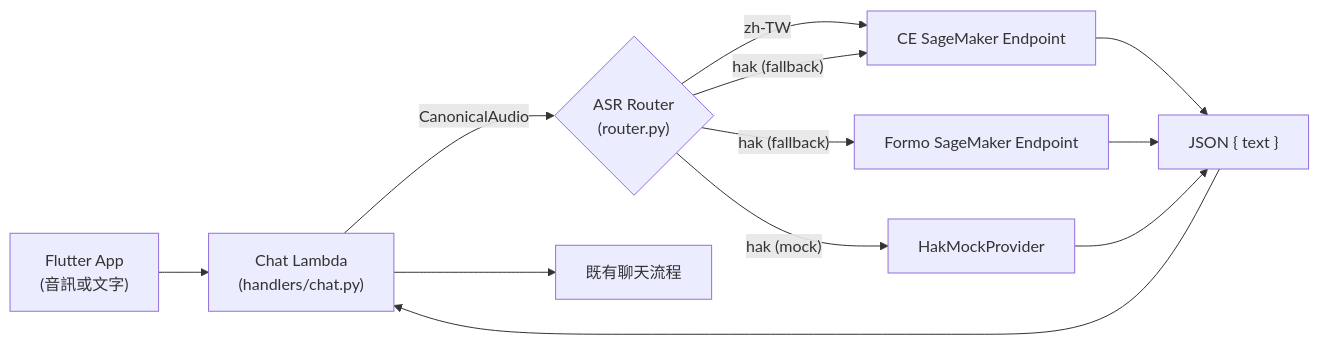
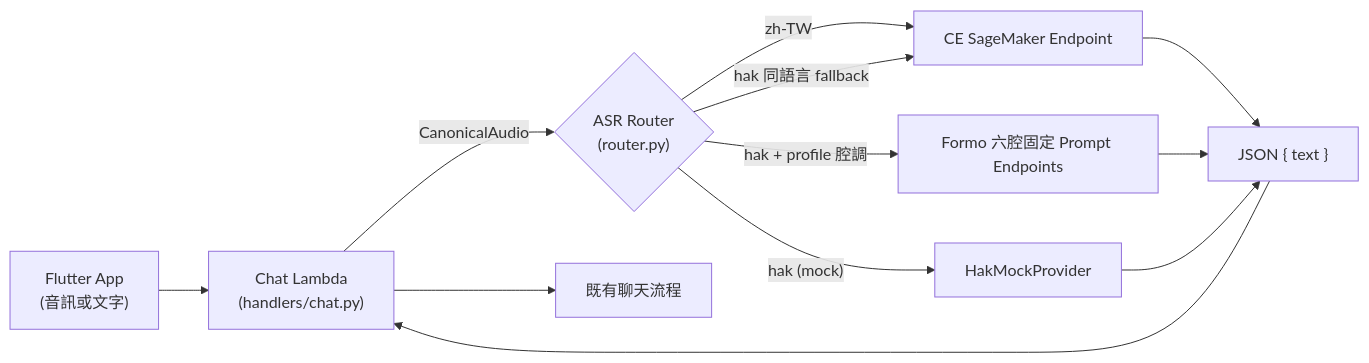
The diagram in docs/asr/framework.md (45678XYZ/ai-elder-care), drawn with Mermaid before and after one commit. The commit also changed other lines of this file and 17 other files, not shown here.

Commit message:
docs(tts): document bilingual speech architecture

````diff
--- a/docs/asr/framework.md
+++ b/docs/asr/framework.md
@@ -55,14 +56,14 @@
 ```mermaid
 flowchart LR
   A["Flutter App<br/>(音訊或文字)"] --> B["Chat Lambda<br/>(handlers/chat.py)"]
   B -->|"CanonicalAudio"| C{"ASR Router<br/>(router.py)"}
   C -->|"zh-TW"| D["CE SageMaker Endpoint"]
   C -->|"hak (mock)"| M["HakMockProvider"]
-  C -->|"hak (fallback)"| D
-  C -->|"hak (fallback)"| E["Formo SageMaker Endpoint"]
+  C -->|"hak 同語言 fallback"| D
+  C -->|"hak + profile 腔調"| E["Formo 六腔固定 Prompt Endpoints"]
   D --> F["JSON { text }"]
   E --> F
   M --> F
   F --> B
   B --> G["既有聊天流程"]
 ```
````
